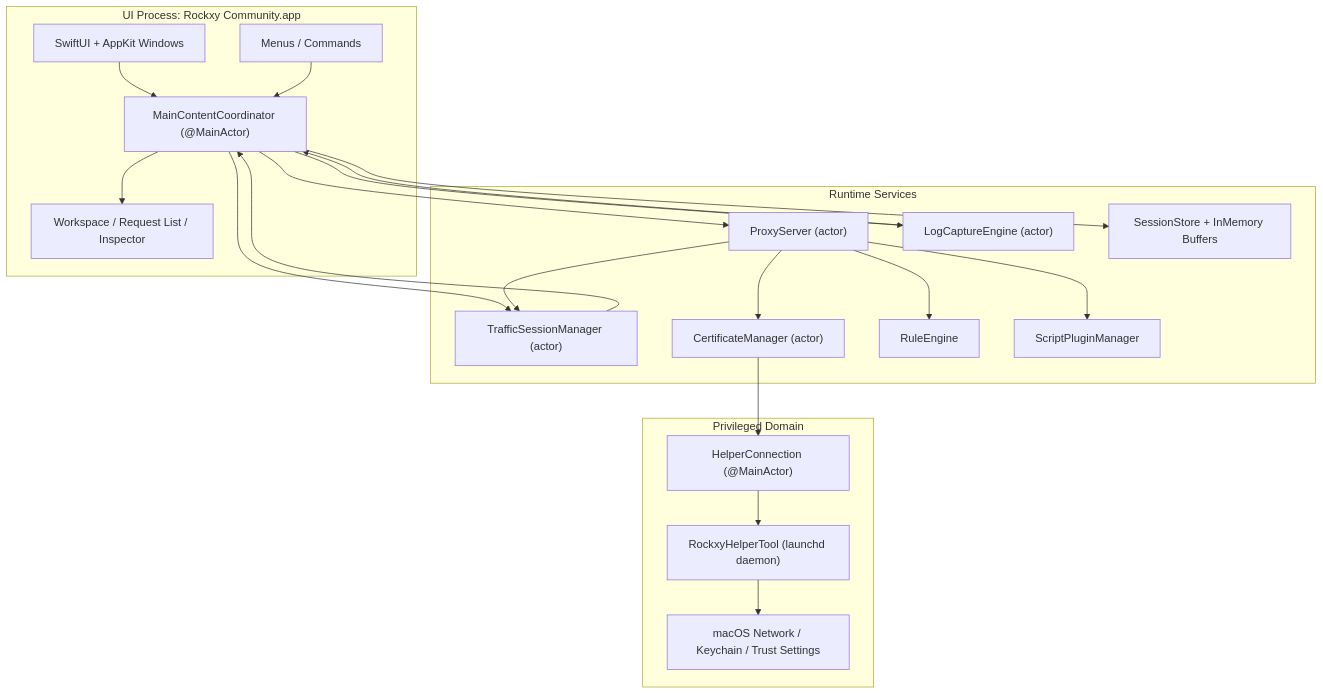
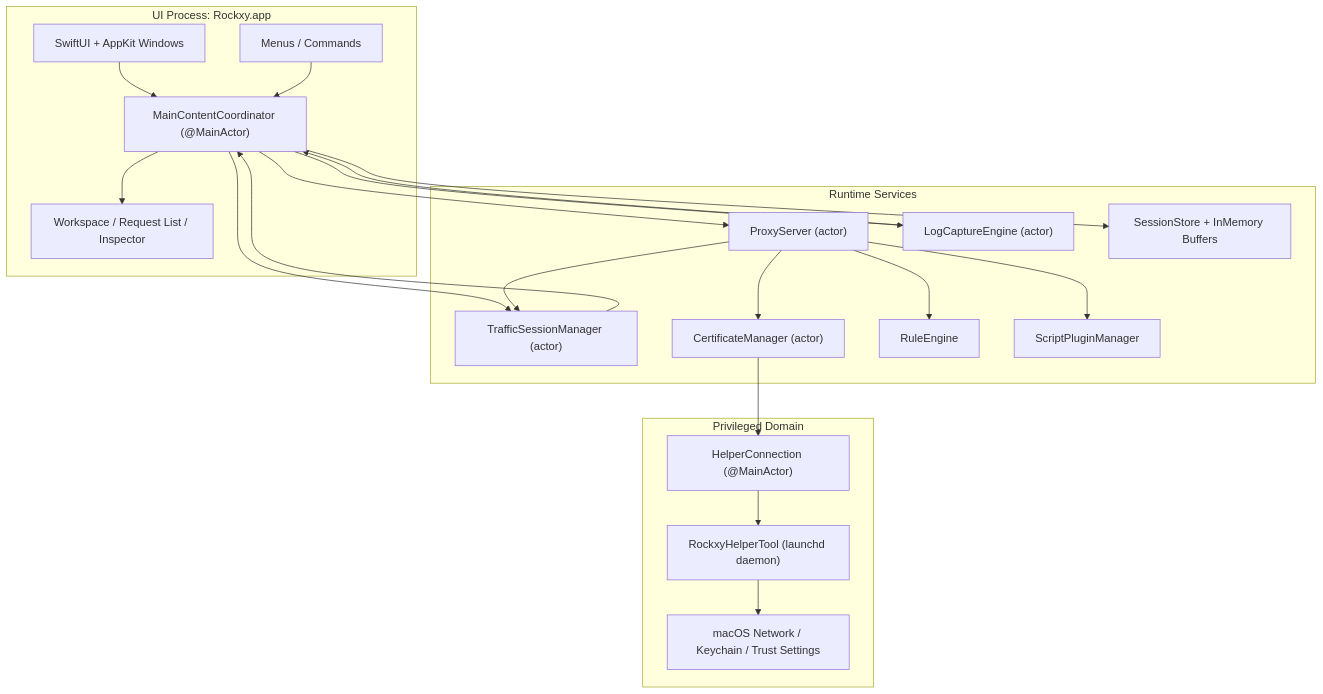
The first of 6 diagrams in docs/development/architecture.mdx (RockxyApp/Rockxy), drawn with Mermaid before and after one commit. The commit also changed 13 other files, not shown here.

````diff
--- a/docs/development/architecture.mdx
+++ b/docs/development/architecture.mdx
@@ -33,42 +33,42 @@
 ```mermaid
 flowchart TB
-    subgraph UI["UI Process: Rockxy Community.app"]
+    subgraph UI["UI Process: Rockxy.app"]
         Menus["Menus / Commands"]
         Windows["SwiftUI + AppKit Windows"]
         Coordinator["MainContentCoordinator (@MainActor)"]
         Workspace["Workspace / Request List / Inspector"]
     end
 
     subgraph Runtime["Runtime Services"]
         Proxy["ProxyServer (actor)"]
         Traffic["TrafficSessionManager (actor)"]
         LogMgr["LogCaptureEngine (actor)"]
         Cert["CertificateManager (actor)"]
         Rules["RuleEngine"]
         Plugins["ScriptPluginManager"]
         Storage["SessionStore + InMemory Buffers"]
     end
 
     subgraph Privileged["Privileged Domain"]
         HelperClient["HelperConnection (@MainActor)"]
         Helper["RockxyHelperTool (launchd daemon)"]
         System["macOS Network / Keychain / Trust Settings"]
     end
 
     Windows --> Coordinator
     Menus --> Coordinator
     Coordinator --> Workspace
     Coordinator --> Proxy
     Coordinator --> Traffic
     Coordinator --> LogMgr
     Coordinator --> Storage
     Proxy --> Rules
     Proxy --> Plugins
     Proxy --> Cert
     Proxy --> Traffic
     Traffic --> Coordinator
     LogMgr --> Coordinator
     Cert --> HelperClient
     HelperClient --> Helper
     Helper --> System
 ```
````
